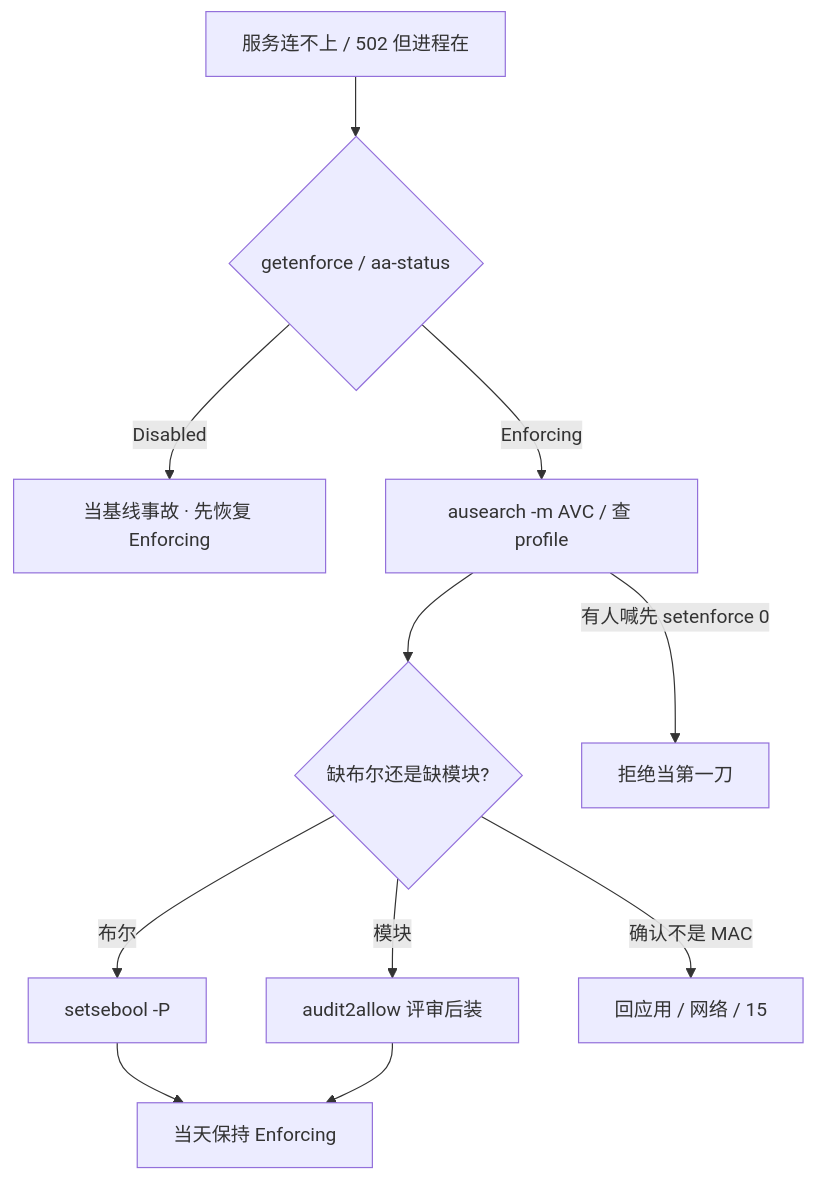
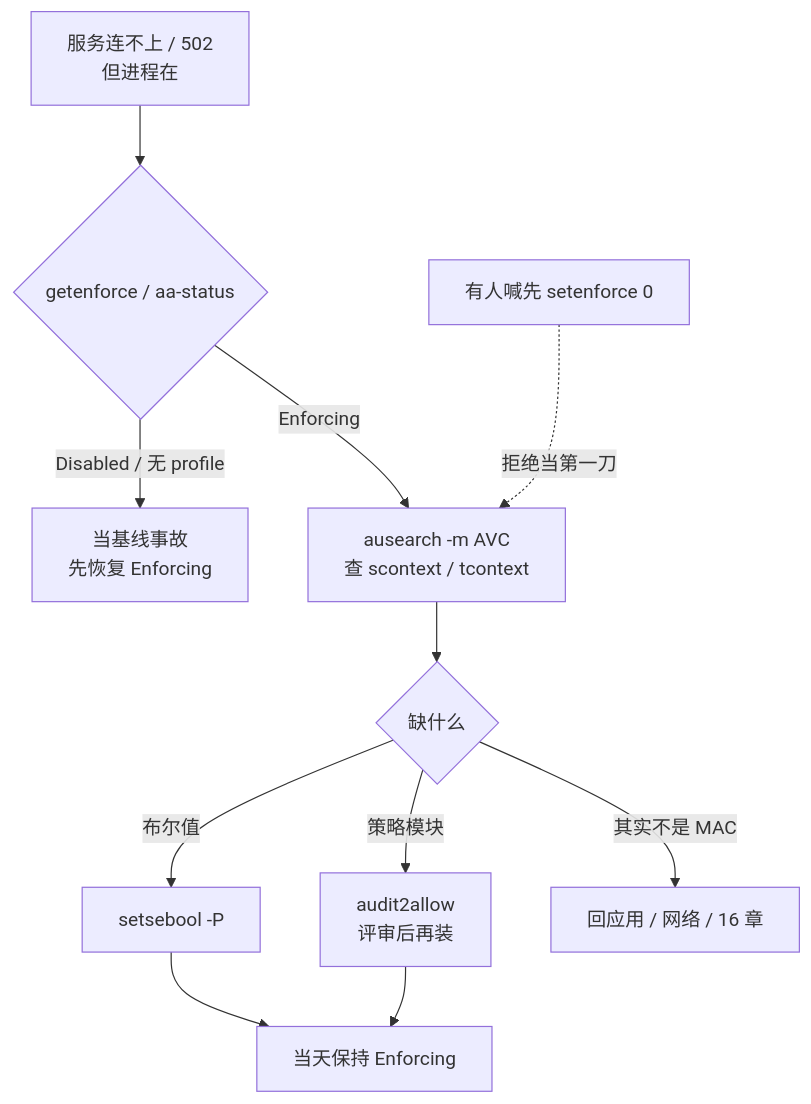
One commit to ml-cuizijun/LearnToLilith changed the second of 6 diagrams in 01-基础底座/27-Linux安全加固/知识点.md. Above: the diagram before and after it, drawn with Mermaid. The commit also changed other lines of this file and 470 other files, not shown here.

````diff
--- a/01-基础底座/27-Linux安全加固/知识点.md
+++ b/01-基础底座/27-Linux安全加固/知识点.md
@@ -652,13 +357,13 @@
 ```mermaid
 flowchart TB
-    A[服务连不上 / 502 但进程在] --> B{getenforce / aa-status}
-    B -->|Disabled| C[当基线事故 · 先恢复 Enforcing]
-    B -->|Enforcing| D[ausearch -m AVC / 查 profile]
-    D --> E{缺布尔还是缺模块?}
-    E -->|布尔| F[setsebool -P]
-    E -->|模块| G[audit2allow 评审后装]
-    E -->|确认不是 MAC| H[回应用 / 网络 / 15]
-    F --> I[当天保持 Enforcing]
+    A["服务连不上 / 502<br/>但进程在"] --> B{"getenforce / aa-status"}
+    B -->|Disabled / 无 profile| C["当基线事故<br/>先恢复 Enforcing"]
+    B -->|Enforcing| D["ausearch -m AVC<br/>查 scontext / tcontext"]
+    D --> E{"缺什么"}
+    E -->|布尔值| F["setsebool -P"]
+    E -->|策略模块| G["audit2allow<br/>评审后再装"]
+    E -->|"其实不是 MAC"| H["回应用 / 网络 / 16 章"]
+    F --> I["当天保持 Enforcing"]
     G --> I
-    D -->|有人喊先 setenforce 0| J[拒绝当第一刀]
+    J["有人喊先 setenforce 0"] -.->|拒绝当第一刀| D
 ```
````
